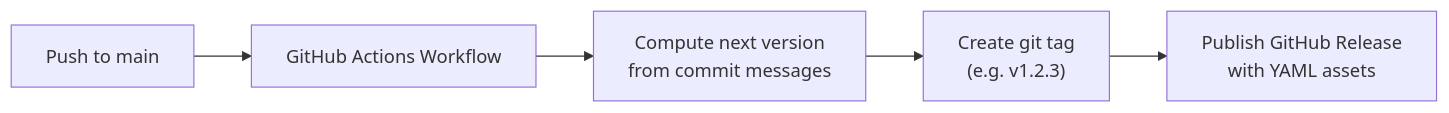
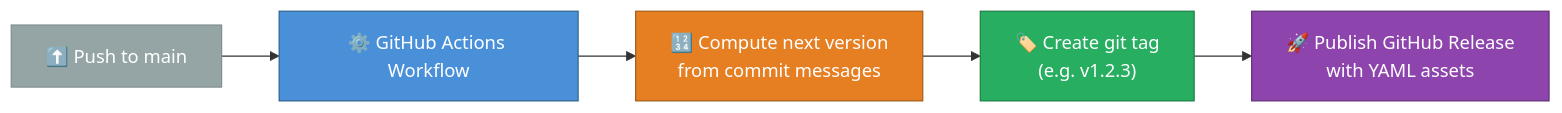
The third of 3 diagrams in README.md (weselben/RooForge), drawn with Mermaid before and after one commit. The commit also changed other lines of this file and 12 other files, not shown here.

````diff
--- a/README.md
+++ b/README.md
@@ -241,7 +278,13 @@
 ```mermaid
 flowchart LR
-    P["Push to main"] --> W["GitHub Actions Workflow"]
-    W --> V["Compute next version<br/>from commit messages"]
-    V --> T["Create git tag<br/>(e.g. v1.2.3)"]
-    T --> R["Publish GitHub Release<br/>with YAML assets"]
+    P["⬆️ Push to main"] --> W["⚙️ GitHub Actions Workflow"]
+    W --> V["🔢 Compute next version<br/>from commit messages"]
+    V --> T["🏷️ Create git tag<br/>(e.g. v1.2.3)"]
+    T --> R["🚀 Publish GitHub Release<br/>with YAML assets"]
+
+    style P fill:#95A5A6,color:#fff,stroke:#7F8C8D
+    style W fill:#4A90D9,color:#fff,stroke:#2C5F8A
+    style V fill:#E67E22,color:#fff,stroke:#A05A15
+    style T fill:#27AE60,color:#fff,stroke:#1A7A42
+    style R fill:#8E44AD,color:#fff,stroke:#5B2D6E
 ```
````
